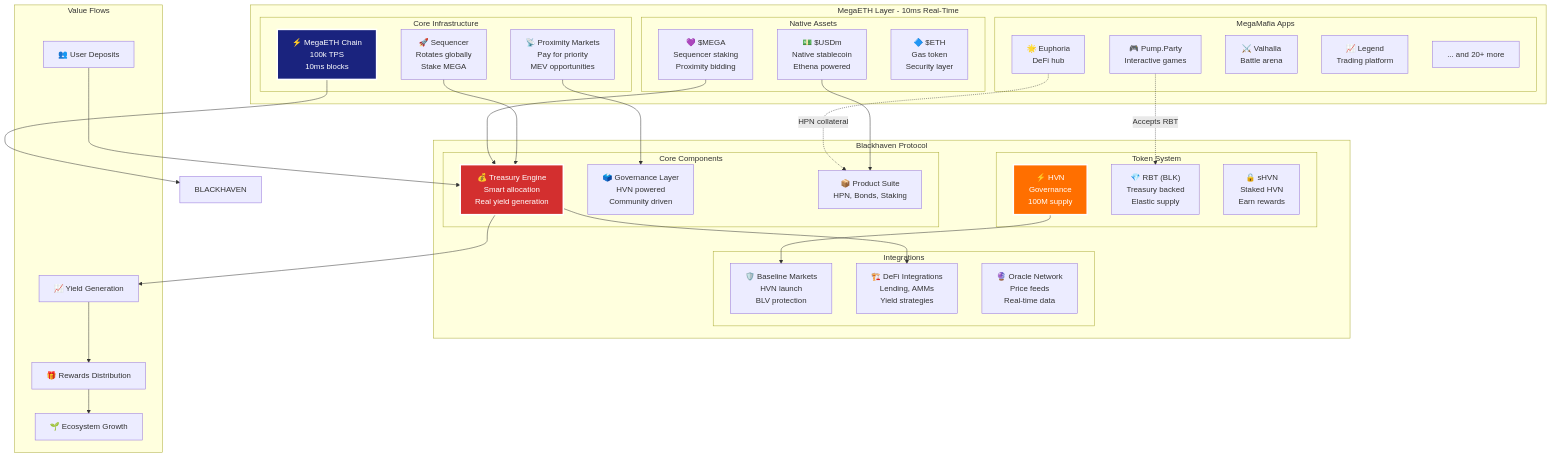
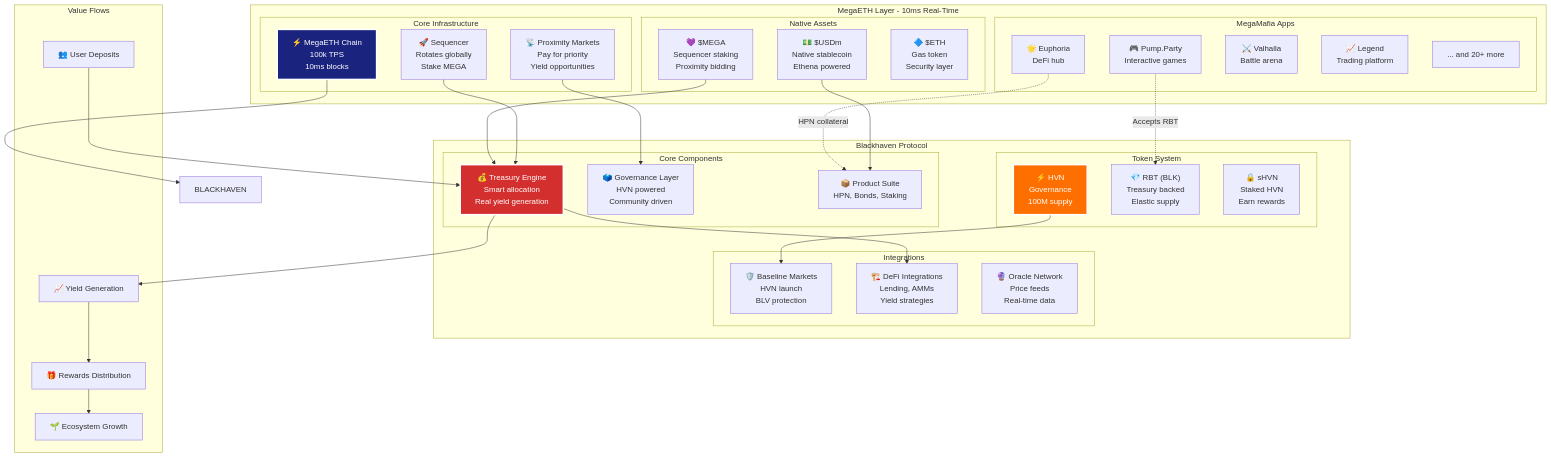
Before and after one commit to 0xJaehaerys/ohmega: the first of 6 diagrams in blackhaven-mega-ecosystem.md, drawn with Mermaid. The commit also changed 5 other files, not shown here.

First line of the commit message:
Fix: Remove speculative MEV revenue claims for Proximity Markets

````diff
--- a/blackhaven-mega-ecosystem.md
+++ b/blackhaven-mega-ecosystem.md
@@ -5,74 +5,74 @@
 ```mermaid
 graph TB
     subgraph "MegaETH Layer - 10ms Real-Time"
         subgraph "Core Infrastructure"
             MEGA_CHAIN["⚡ MegaETH Chain<br/>100k TPS<br/>10ms blocks"]
             SEQUENCER["🚀 Sequencer<br/>Rotates globally<br/>Stake MEGA"]
-            PROXIMITY["📡 Proximity Markets<br/>Pay for priority<br/>MEV opportunities"]
+            PROXIMITY["📡 Proximity Markets<br/>Pay for priority<br/>Yield opportunities"]
         end
         
         subgraph "Native Assets"
             MEGA["💜 $MEGA<br/>Sequencer staking<br/>Proximity bidding"]
             USDM["💵 $USDm<br/>Native stablecoin<br/>Ethena powered"]
             ETH["🔷 $ETH<br/>Gas token<br/>Security layer"]
         end
         
         subgraph "MegaMafia Apps"
             PUMPPARTY["🎮 Pump.Party<br/>Interactive games"]
             EUPHORIA["🌟 Euphoria<br/>DeFi hub"]
             VALHALLA["⚔️ Valhalla<br/>Battle arena"]
             LEGEND["📈 Legend<br/>Trading platform"]
             MORE["... and 20+ more"]
         end
     end
     
     subgraph "Blackhaven Protocol"
         subgraph "Core Components"
             TREASURY_ENGINE["💰 Treasury Engine<br/>Smart allocation<br/>Real yield generation"]
             GOV_LAYER["🗳️ Governance Layer<br/>HVN powered<br/>Community driven"]
             PRODUCT_SUITE["📦 Product Suite<br/>HPN, Bonds, Staking"]
         end
         
         subgraph "Token System"
             HVN_TOKEN["⚡ HVN<br/>Governance<br/>100M supply"]
             RBT_TOKEN["💎 RBT (BLK)<br/>Treasury backed<br/>Elastic supply"]
             sHVN_TOKEN["🔒 sHVN<br/>Staked HVN<br/>Earn rewards"]
         end
         
         subgraph "Integrations"
             BASELINE["🛡️ Baseline Markets<br/>HVN launch<br/>BLV protection"]
             DEFI_INT["🏗️ DeFi Integrations<br/>Lending, AMMs<br/>Yield strategies"]
             ORACLE_INT["🔮 Oracle Network<br/>Price feeds<br/>Real-time data"]
         end
     end
     
     subgraph "Value Flows"
         USER_DEPOSITS["👥 User Deposits"]
         YIELD_GEN["📈 Yield Generation"]
         REWARDS_DIST["🎁 Rewards Distribution"]
         ECOSYSTEM_GROWTH["🌱 Ecosystem Growth"]
     end
     
     %% Connections
     MEGA_CHAIN --> BLACKHAVEN
     SEQUENCER --> TREASURY_ENGINE
     PROXIMITY --> GOV_LAYER
     
     MEGA --> TREASURY_ENGINE
     USDM --> PRODUCT_SUITE
     
     PUMPPARTY -.->|"Accepts RBT"| RBT_TOKEN
     EUPHORIA -.->|"HPN collateral"| PRODUCT_SUITE
     
     HVN_TOKEN --> BASELINE
     TREASURY_ENGINE --> DEFI_INT
     
     USER_DEPOSITS --> TREASURY_ENGINE
     TREASURY_ENGINE --> YIELD_GEN
     YIELD_GEN --> REWARDS_DIST
     REWARDS_DIST --> ECOSYSTEM_GROWTH
     
     style MEGA_CHAIN fill:#1a237e,stroke:#fff,stroke-width:3px,color:#fff
     style TREASURY_ENGINE fill:#d32f2f,stroke:#fff,stroke-width:3px,color:#fff
     style HVN_TOKEN fill:#ff6f00,stroke:#fff,stroke-width:3px,color:#fff
 ```
````
